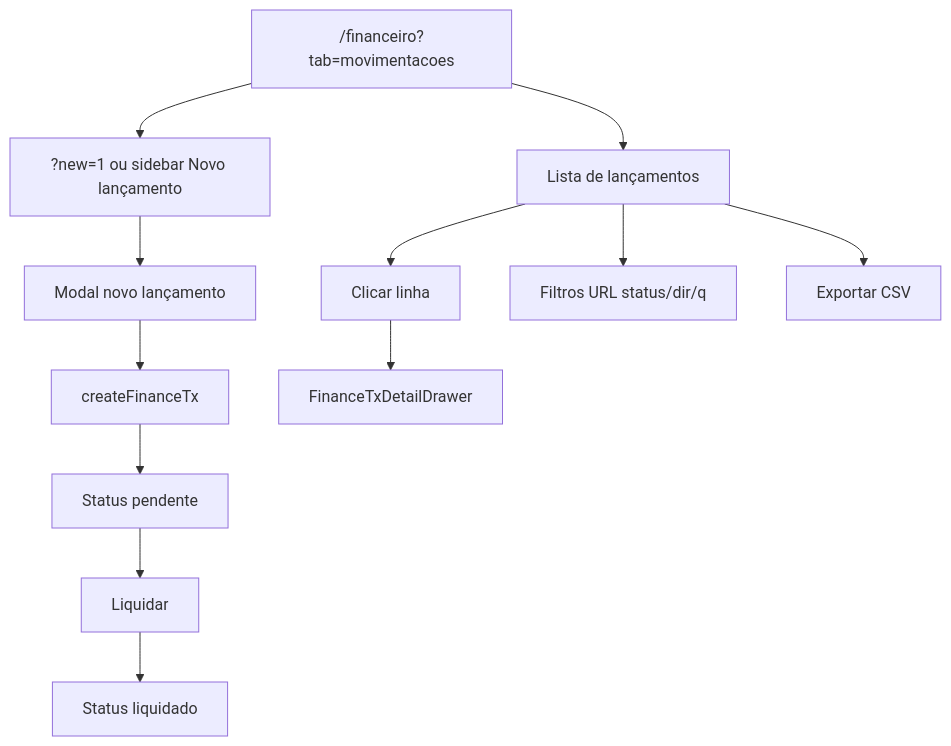
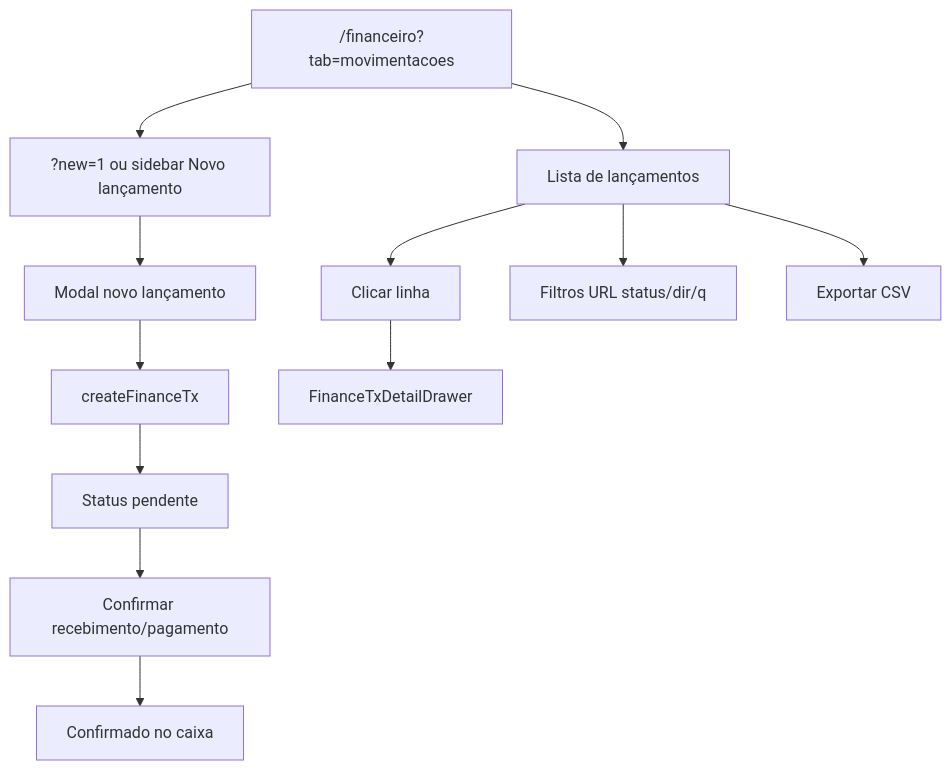
One commit to brunaamaralp/bjj changed the diagram in docs/flows/financeiro/lancamentos-caixa.md. Above: the diagram before and after it, drawn with Mermaid. The commit also changed other lines of this file and 32 other files, not shown here.

````diff
--- a/docs/flows/financeiro/lancamentos-caixa.md
+++ b/docs/flows/financeiro/lancamentos-caixa.md
@@ -33,14 +33,14 @@
 ```mermaid
 flowchart TD
   entry["/financeiro?tab=movimentacoes"] --> list[Lista de lançamentos]
   entry --> newLink["?new=1 ou sidebar Novo lançamento"]
   newLink --> modal[Modal novo lançamento]
   modal --> create[createFinanceTx]
   create --> pending[Status pendente]
-  pending --> settle[Liquidar]
-  settle --> settled[Status liquidado]
+  pending --> settle[Confirmar recebimento/pagamento]
+  settle --> settled[Confirmado no caixa]
   list --> rowClick[Clicar linha]
   rowClick --> drawer[FinanceTxDetailDrawer]
   list --> filters[Filtros URL status/dir/q]
   list --> export[Exportar CSV]
 ```
````
